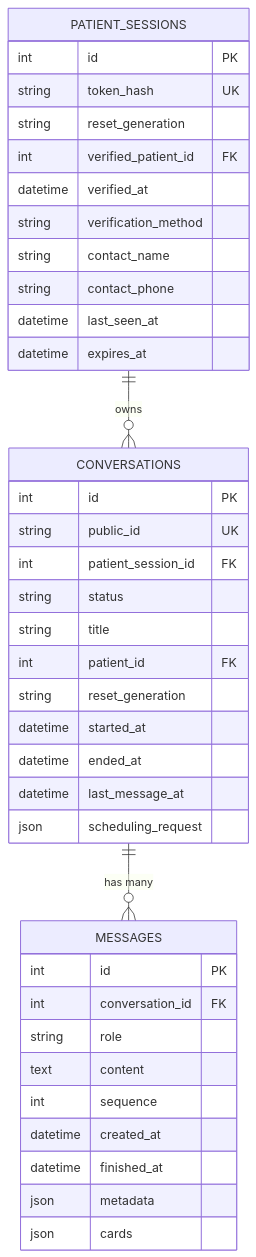
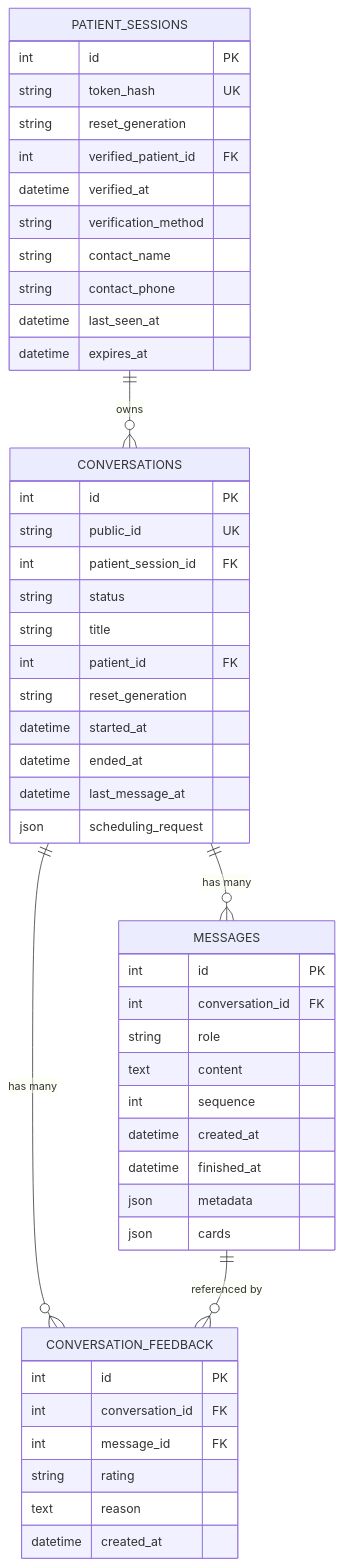
Before and after one commit to gokulkaarthicks/dental-chatbot: the sixth of 13 diagrams in .qoder/repowiki/en/content/Patient Workflows/Conversation Management/Conversation Management.md, drawn with Mermaid. The commit also changed other lines of this file and 280 other files, not shown here.

````diff
--- a/.qoder/repowiki/en/content/Patient Workflows/Conversation Management/Conversation Management.md
+++ b/.qoder/repowiki/en/content/Patient Workflows/Conversation Management/Conversation Management.md
@@ -246,41 +316,51 @@
 ```mermaid
 erDiagram
 CONVERSATIONS {
 int id PK
 string public_id UK
 int patient_session_id FK
 string status
 string title
 int patient_id FK
 string reset_generation
 datetime started_at
 datetime ended_at
 datetime last_message_at
 json scheduling_request
 }
 MESSAGES {
 int id PK
 int conversation_id FK
 string role
 text content
 int sequence
 datetime created_at
 datetime finished_at
 json metadata
 json cards
 }
+CONVERSATION_FEEDBACK {
+int id PK
+int conversation_id FK
+int message_id FK
+string rating
+text reason
+datetime created_at
+}
 PATIENT_SESSIONS {
 int id PK
 string token_hash UK
 string reset_generation
 int verified_patient_id FK
 datetime verified_at
 string verification_method
 string contact_name
 string contact_phone
 datetime last_seen_at
 datetime expires_at
 }
 CONVERSATIONS ||--o{ MESSAGES : "has many"
+CONVERSATIONS ||--o{ CONVERSATION_FEEDBACK : "has many"
+MESSAGES ||--o{ CONVERSATION_FEEDBACK : "referenced by"
 PATIENT_SESSIONS ||--o{ CONVERSATIONS : "owns"
 ```
````
